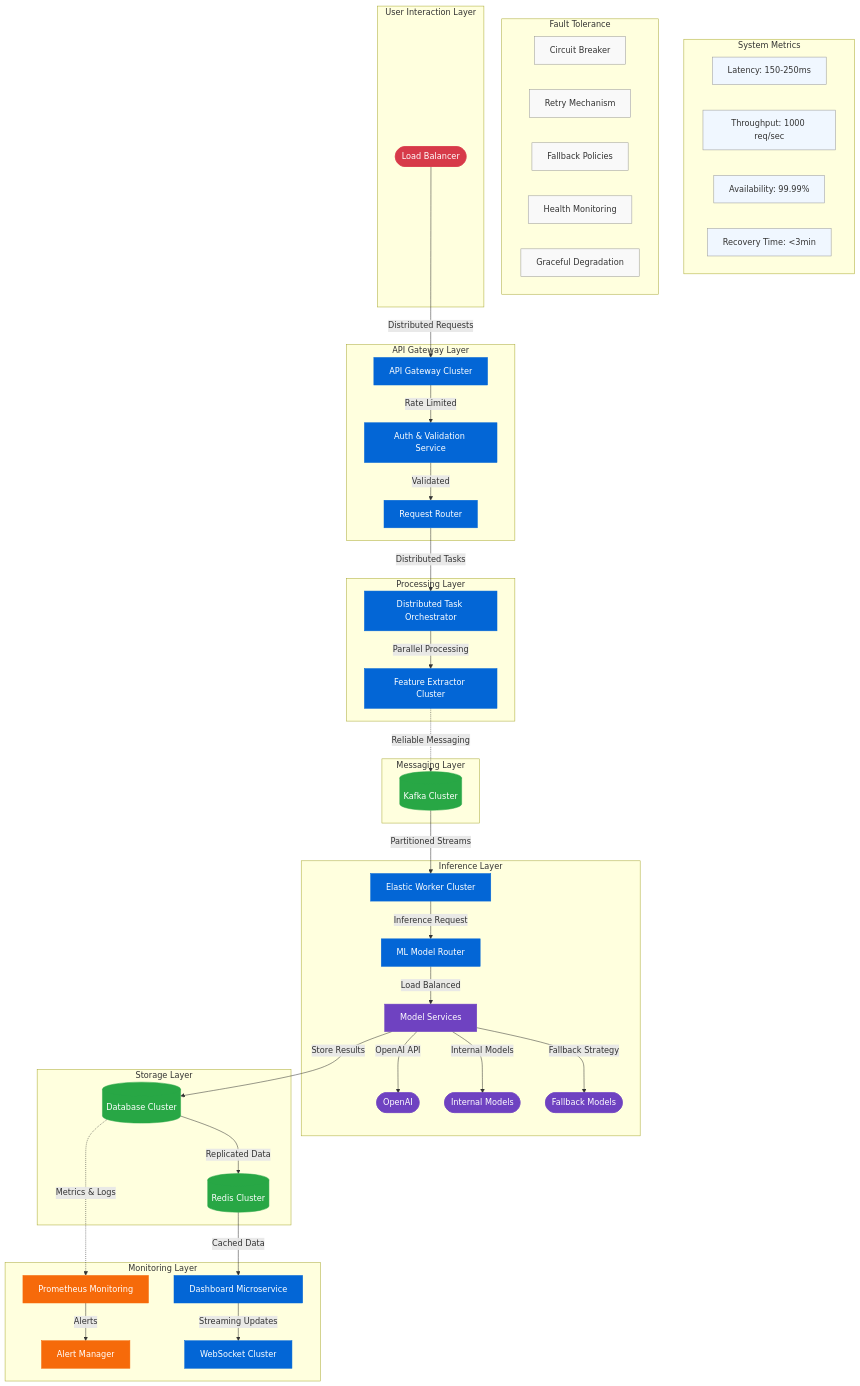
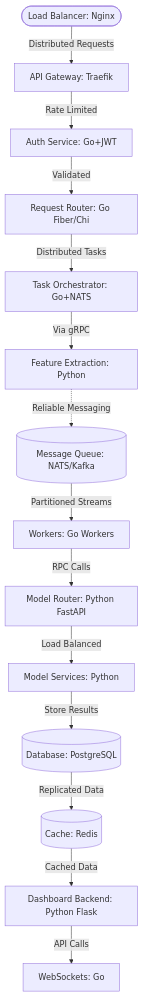
Before and after one commit to Ralo93/CustomerAnalyticsDashboard: the fifth of 5 diagrams in README.md, drawn with Mermaid.

````diff
--- a/README.md
+++ b/README.md
@@ -288,117 +288,36 @@
 ```mermaid
 flowchart TD
-    %% Title and Description (as comment since titles aren't directly supported)
-    %% ML System Architecture with Fault Tolerance
+    %% ML System with Go+Python Integration
     
-    %% User Interaction Layer
-    Users([Load Balancer]) -->|Distributed Requests| APIGateway[API Gateway Cluster]
+    %% User Interaction Layer - Go
+    Users([Load Balancer: Nginx]) -->|Distributed Requests| APIGateway[API Gateway: Traefik]
     
-    %% API Gateway Layer
-    APIGateway -->|Rate Limited| AuthService[Auth & Validation Service]
-    AuthService -->|Validated| RequestRouter[Request Router]
+    %% API Gateway Layer - Go
+    APIGateway -->|Rate Limited| AuthService[Auth Service: Go+JWT]
+    AuthService -->|Validated| RequestRouter[Request Router: Go Fiber/Chi]
     
-    %% Request Routing and Distribution
-    RequestRouter -->|Distributed Tasks| TaskOrchestrator[Distributed Task Orchestrator]
+    %% Request Routing - Go
+    RequestRouter -->|Distributed Tasks| TaskOrchestrator[Task Orchestrator: Go+NATS]
     
-    %% Feature Extraction Microservices
-    TaskOrchestrator -->|Parallel Processing| FeatureExtractorCluster[Feature Extractor Cluster]
+    %% Feature Extraction - Python
+    TaskOrchestrator -->|Via gRPC| FeatureExtractorCluster[Feature Extraction: Python]
     
-    %% Queueing and Message Routing
-    FeatureExtractorCluster -.->|Reliable Messaging| KafkaCluster[(Kafka Cluster)]
-    KafkaCluster -->|Partitioned Streams| WorkerCluster[Elastic Worker Cluster]
+    %% Messaging - Go
+    FeatureExtractorCluster -.->|Reliable Messaging| KafkaCluster[(Message Queue: NATS/Kafka)]
+    KafkaCluster -->|Partitioned Streams| WorkerCluster[Workers: Go Workers]
     
-    %% Model Inference Layer
-    WorkerCluster -->|Inference Request| ModelRouter[ML Model Router]
-    ModelRouter -->|Load Balanced| ModelServices[Model Services]
+    %% Model Inference - Python
+    WorkerCluster -->|RPC Calls| ModelRouter[Model Router: Python FastAPI]
+    ModelRouter -->|Load Balanced| ModelServices[Model Services: Python]
     
-    %% Model Services Details
-    ModelServices -->|OpenAI API| OpenAI([OpenAI])
-    ModelServices -->|Internal Models| InternalModels([Internal Models])
-    ModelServices -->|Fallback Strategy| FallbackModels([Fallback Models])
+    %% Storage - Language Agnostic
+    ModelServices -->|Store Results| DatabaseCluster[(Database: PostgreSQL)]
+    DatabaseCluster -->|Replicated Data| RedisCluster[(Cache: Redis)]
     
-    %% Data Persistence and Caching
-    ModelServices -->|Store Results| DatabaseCluster[(Database Cluster)]
-    DatabaseCluster -->|Replicated Data| RedisCluster[(Redis Cluster)]
+    %% Dashboard - Go Frontend, Python Backend
+    RedisCluster -->|Cached Data| DashboardService[Dashboard Backend: Python Flask]
+    DashboardService -->|API Calls| WebSocketCluster[WebSockets: Go]
     
-    %% Monitoring and Observability
-    DatabaseCluster -.->|Metrics & Logs| Prometheus[Prometheus Monitoring]
-    Prometheus -->|Alerts| AlertManager[Alert Manager]
-    
-    %% Dashboard and Visualization
-    RedisCluster -->|Cached Data| DashboardService[Dashboard Microservice]
-    DashboardService -->|Streaming Updates| WebSocketCluster[WebSocket Cluster]
-    
-    %% System Metrics
-    subgraph SystemMetrics[System Metrics]
-        Latency[Latency: 150-250ms]
-        Throughput[Throughput: 1000 req/sec]
-        Availability[Availability: 99.99%]
-        RecoveryTime[Recovery Time: <3min]
-    end
-    
-    %% Fault Tolerance Components
-    subgraph FaultTolerance[Fault Tolerance]
-        CircuitBreaker[Circuit Breaker]
-        RetryMechanism[Retry Mechanism]
-        FallbackPolicies[Fallback Policies]
-        HealthChecks[Health Monitoring]
-        GracefulDegradation[Graceful Degradation]
-    end
-    
-    %% Layer Labels as subgraphs
-    subgraph UserLayer[User Interaction Layer]
-        Users
-    end
-    
-    subgraph APILayer[API Gateway Layer]
-        APIGateway
-        AuthService
-        RequestRouter
-    end
-    
-    subgraph ProcessingLayer[Processing Layer]
-        TaskOrchestrator
-        FeatureExtractorCluster
-    end
-    
-    subgraph MessagingLayer[Messaging Layer]
-        KafkaCluster
-    end
-    
-    subgraph InferenceLayer[Inference Layer]
-        WorkerCluster
-        ModelRouter
-        ModelServices
-        OpenAI
-        InternalModels
-        FallbackModels
-    end
-    
-    subgraph StorageLayer[Storage Layer]
-        DatabaseCluster
-        RedisCluster
-    end
-    
-    subgraph MonitoringLayer[Monitoring Layer]
-        Prometheus
-        AlertManager
-        DashboardService
-        WebSocketCluster
-    end
-    
-    %% Styling
-    classDef default fill:#f9f9f9,stroke:#999,stroke-width:1px,color:#333
-    classDef service fill:#0366d6,stroke:#0366d6,color:white
-    classDef storage fill:#28a745,stroke:#28a745,color:white
-    classDef external fill:#6f42c1,stroke:#6f42c1,color:white
-    classDef user fill:#d73a49,stroke:#d73a49,color:white
-    classDef monitoring fill:#f66a0a,stroke:#f66a0a,color:white
-    classDef metrics fill:#f0f7ff,stroke:#999,color:#333
-    
-    class APIGateway,AuthService,RequestRouter,TaskOrchestrator,FeatureExtractorCluster,WorkerCluster,ModelRouter,DashboardService,WebSocketCluster service
-    class KafkaCluster,DatabaseCluster,RedisCluster storage
-    class ModelServices,OpenAI,InternalModels,FallbackModels external
-    class Users user
-    class Prometheus,AlertManager monitoring
-    class Latency,Throughput,Availability,RecoveryTime metrics
+    class APIGateway,AuthService,RequestRouter,TaskOrchestrator,WorkerCluster,WebSocketCluster fill:#00ADD8,stroke:#00ADD8,color:white
+    class FeatureExtractorCluster,ModelRouter,ModelServices,DashboardService fill:#3776AB,stroke:#3776AB,color:white
 ```
````
